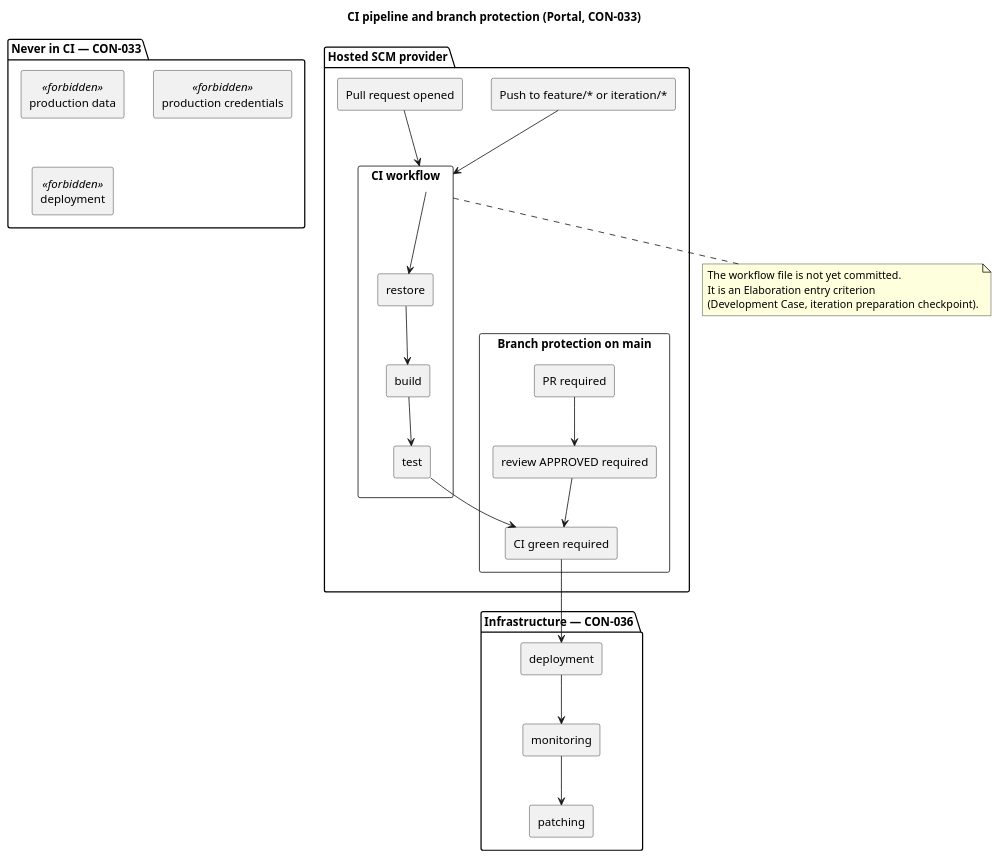
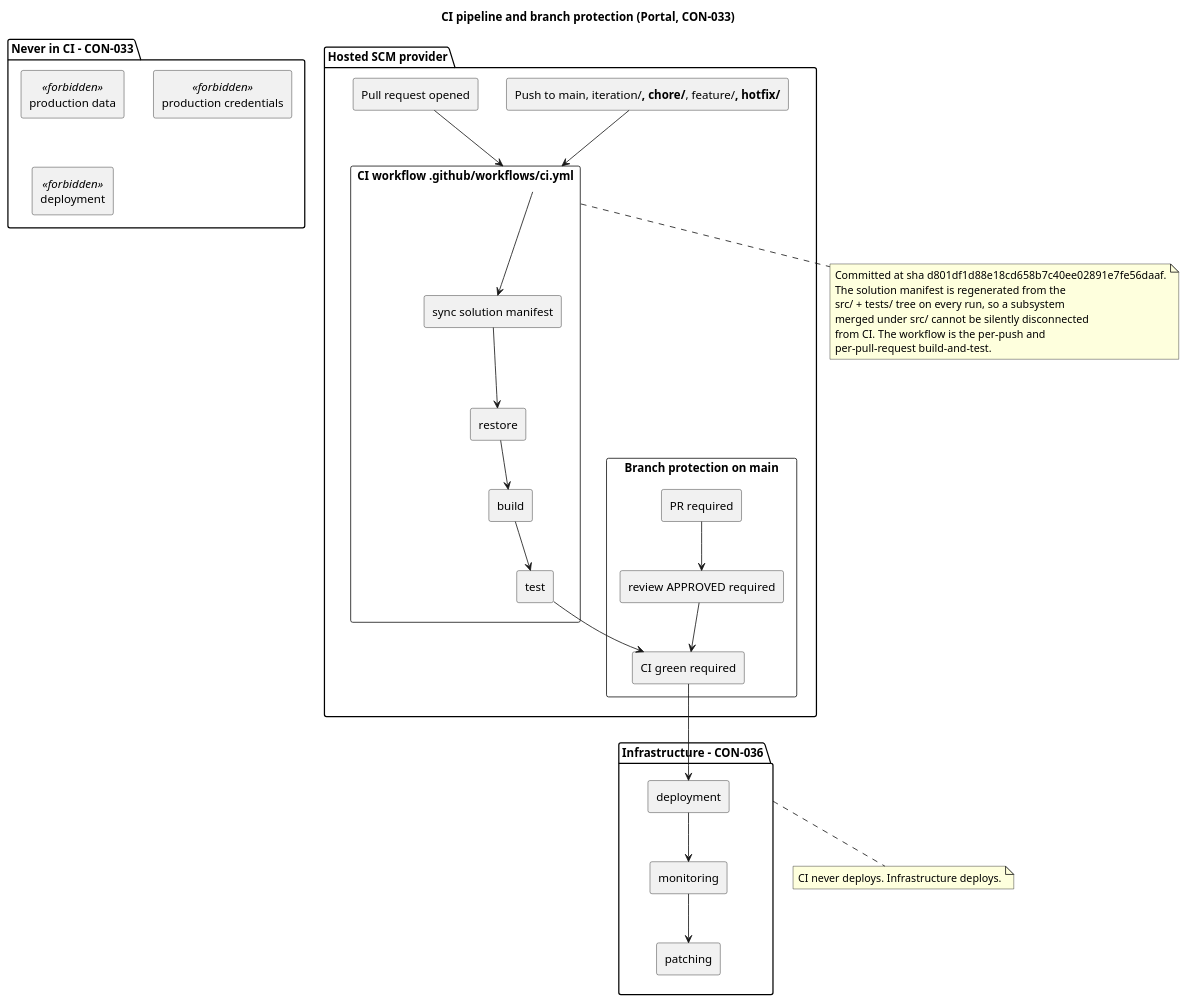
The seventh of 8 diagrams in docs/BRANCHING_STRATEGY.md (banense-test/portal), drawn with PlantUML before and after one commit. The commit also changed other lines of this file, not shown here.

Commit message:
chore(cm): reconcile branching strategy with the repository — CI workflow committed and green

````diff
--- a/docs/BRANCHING_STRATEGY.md
+++ b/docs/BRANCHING_STRATEGY.md
@@ -395,52 +434,61 @@
 ```plantuml
 @startuml
 title CI pipeline and branch protection (Portal, CON-033)
 
 skinparam componentStyle rectangle
 
 package "Hosted SCM provider" as HOST {
-  component "Push to feature/* or iteration/*" as PUSH
+  component "Push to main, iteration/**, chore/**, feature/**, hotfix/**" as PUSH
   component "Pull request opened" as PRO
-  component "CI workflow" as WF {
+  component "CI workflow .github/workflows/ci.yml" as WF {
+    component "sync solution manifest" as S0
     component "restore" as S1
     component "build" as S2
     component "test" as S3
   }
   component "Branch protection on main" as BP {
     component "PR required" as BP1
     component "review APPROVED required" as BP2
     component "CI green required" as BP3
   }
 }
 
-package "Never in CI — CON-033" as NEVER {
+package "Never in CI - CON-033" as NEVER {
   component "production data" as ND <<forbidden>>
   component "production credentials" as NC <<forbidden>>
-  component "deployment" as NDP <<forbidden>>
+  component "deployment" as DEPF <<forbidden>>
 }
 
-package "Infrastructure — CON-036" as INFRA {
+package "Infrastructure - CON-036" as INFRA {
   component "deployment" as DEP
   component "monitoring" as MON
   component "patching" as PAT
 }
 
 PUSH --> WF
 PRO --> WF
-WF --> S1
+WF --> S0
+S0 --> S1
 S1 --> S2
 S2 --> S3
 S3 --> BP3
 BP1 --> BP2
 BP2 --> BP3
 BP3 --> DEP
 DEP --> MON
 MON --> PAT
 
 note bottom of WF
-  The workflow file is not yet committed.
-  It is an Elaboration entry criterion
-  (Development Case, iteration preparation checkpoint).
+  Committed at sha d801df1d88e18cd658b7c40ee02891e7fe56daaf.
+  The solution manifest is regenerated from the
+  src/ + tests/ tree on every run, so a subsystem
+  merged under src/ cannot be silently disconnected
+  from CI. The workflow is the per-push and
+  per-pull-request build-and-test.
+end note
+
+note bottom of INFRA
+  CI never deploys. Infrastructure deploys.
 end note
 @enduml
 ```
````
